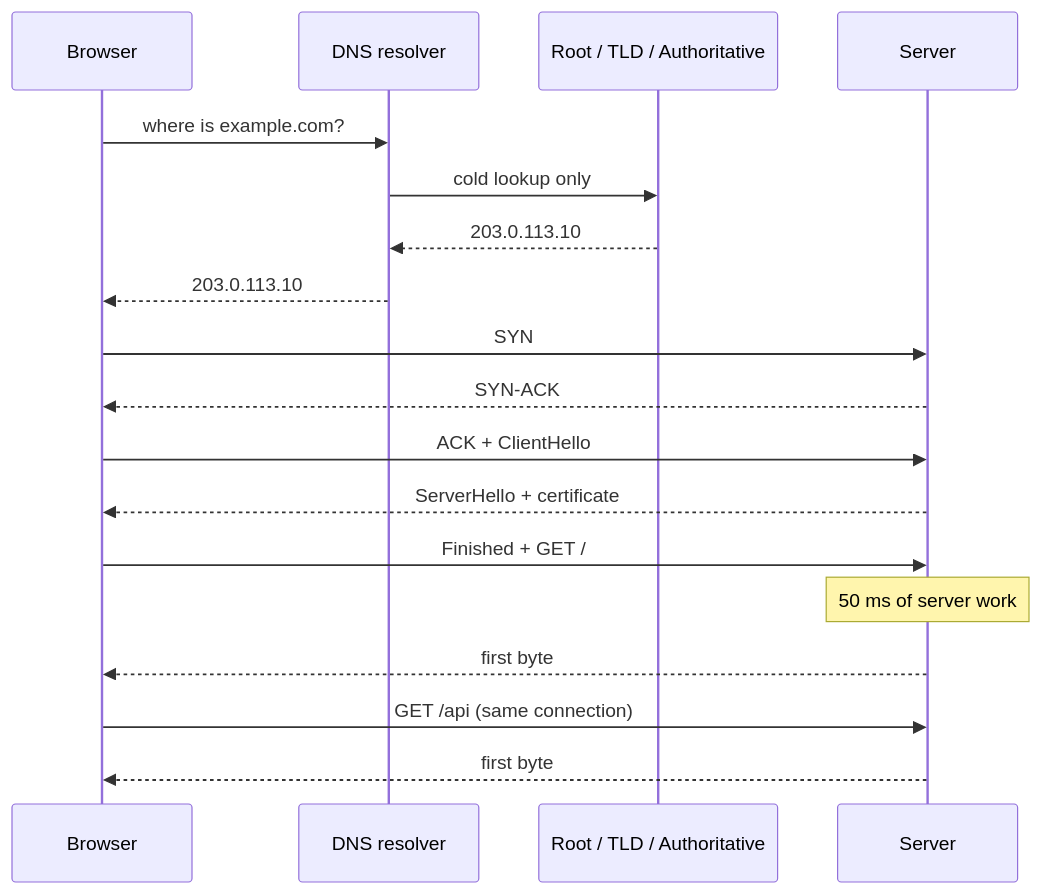
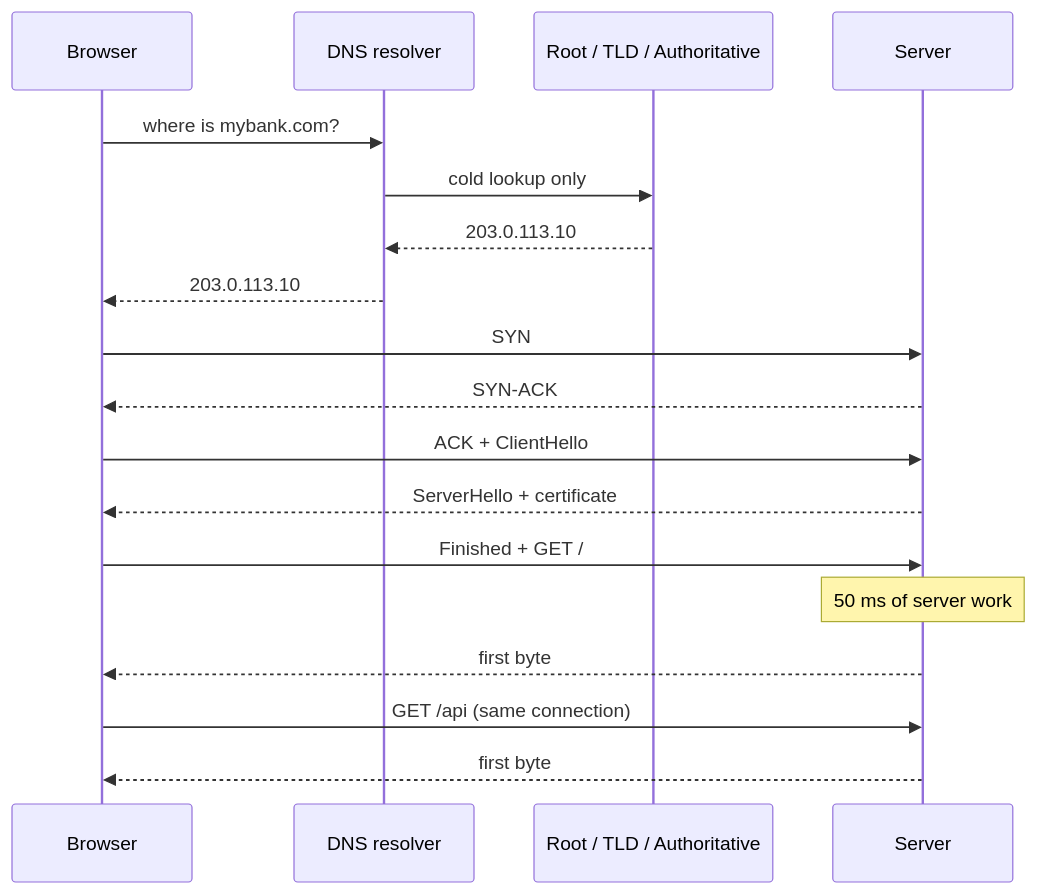
One commit to amarsingh-me/amarsingh-me.github.io changed the first of 2 diagrams in content/blogs/system-design/how-a-url-becomes-a-webpage/index.md. Above: the diagram before and after it, drawn with Mermaid. The commit also changed other lines of this file, not shown here.

```diff
--- a/content/blogs/system-design/how-a-url-becomes-a-webpage/index.md
+++ b/content/blogs/system-design/how-a-url-becomes-a-webpage/index.md
@@ -33,20 +33,20 @@
 {{< mermaid >}}
 sequenceDiagram
   participant B as Browser
   participant R as DNS resolver
   participant N as Root / TLD / Authoritative
   participant S as Server
-  B->>R: where is example.com?
+  B->>R: where is mybank.com?
   R->>N: cold lookup only
   N-->>R: 203.0.113.10
   R-->>B: 203.0.113.10
   B->>S: SYN
   S-->>B: SYN-ACK
   B->>S: ACK + ClientHello
   S-->>B: ServerHello + certificate
   B->>S: Finished + GET /
   Note over S: 50 ms of server work
   S-->>B: first byte
   B->>S: GET /api (same connection)
   S-->>B: first byte
 {{< /mermaid >}}
```
